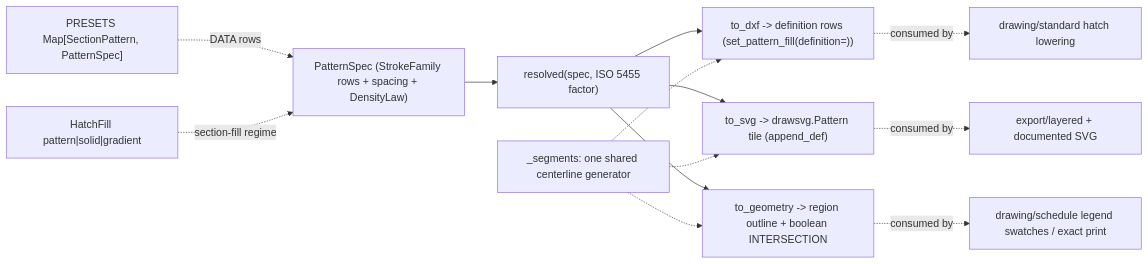
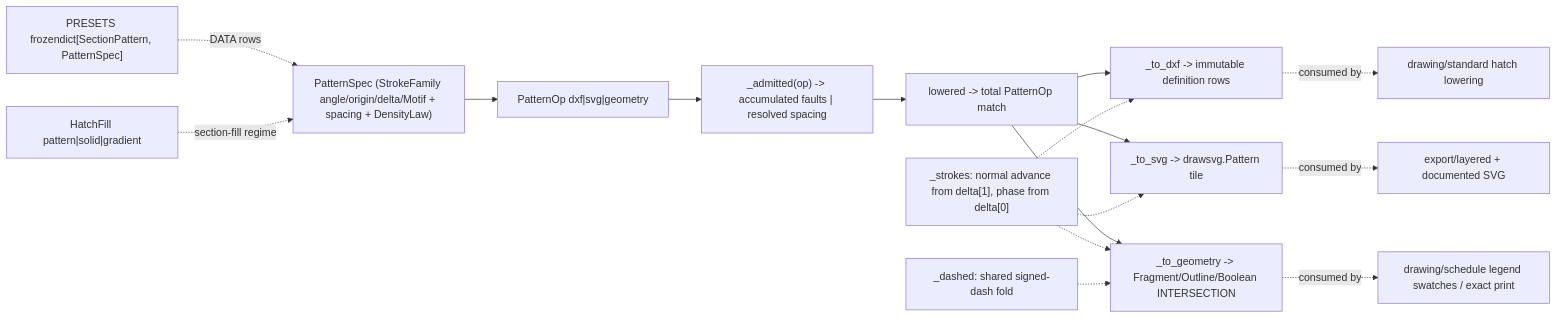
One commit to bsamiee/Rasm changed the diagram in libs/python/artifacts/.planning/graphic/vector/pattern.md. Above: the diagram before and after it, drawn with Mermaid. The commit also changed other lines of this file and 143 other files, not shown here.

````diff
--- a/libs/python/artifacts/.planning/graphic/vector/pattern.md
+++ b/libs/python/artifacts/.planning/graphic/vector/pattern.md
@@ -209,15 +414,18 @@
 ```mermaid
 flowchart LR
-    Spec["PatternSpec (StrokeFamily rows + spacing + DensityLaw)"] --> Res["resolved(spec, ISO 5455 factor)"]
-    Presets["PRESETS Map[SectionPattern, PatternSpec]"] -.->|DATA rows| Spec
+    Spec["PatternSpec (StrokeFamily angle/origin/delta/Motif + spacing + DensityLaw)"] --> Op["PatternOp dxf|svg|geometry"]
+    Op --> Admit["_admitted(op) -> accumulated faults | resolved spacing"]
+    Presets["PRESETS frozendict[SectionPattern, PatternSpec]"] -.->|DATA rows| Spec
     Fill["HatchFill pattern|solid|gradient"] -.->|section-fill regime| Spec
-    Res --> Dxf["to_dxf -> definition rows (set_pattern_fill(definition=))"]
-    Res --> Svg["to_svg -> drawsvg.Pattern tile (append_def)"]
-    Res --> Geo["to_geometry -> region outline + boolean INTERSECTION"]
-    Gen["_segments: one shared centerline generator"] -.-> Dxf
+    Admit --> Dispatch["lowered -> total PatternOp match"]
+    Dispatch --> Dxf["_to_dxf -> immutable definition rows"]
+    Dispatch --> Svg["_to_svg -> drawsvg.Pattern tile"]
+    Dispatch --> Geo["_to_geometry -> Fragment/Outline/Boolean INTERSECTION"]
+    Gen["_strokes: normal advance from delta[1], phase from delta[0]"] -.-> Dxf
     Gen -.-> Svg
     Gen -.-> Geo
+    Dash["_dashed: shared signed-dash fold"] -.-> Geo
     Dxf -.->|consumed by| Standard["drawing/standard hatch lowering"]
     Svg -.->|consumed by| Layered["export/layered + documented SVG"]
     Geo -.->|consumed by| Schedule["drawing/schedule legend swatches / exact print"]
 ```
````
